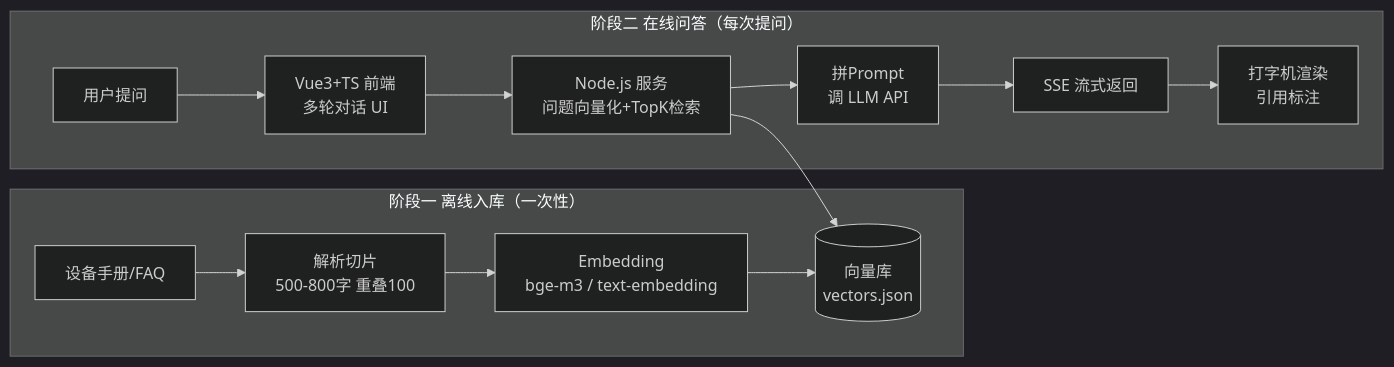
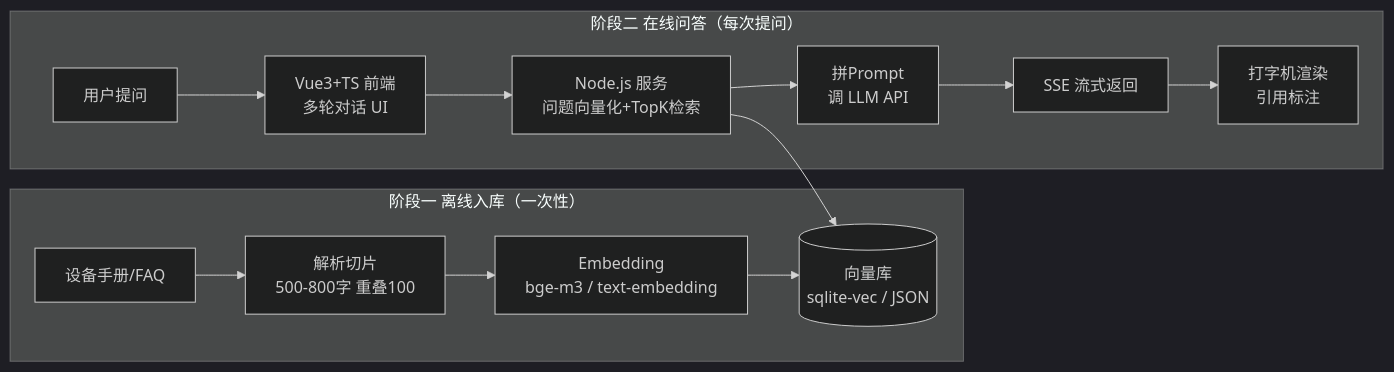
One commit to x1325314531-tech/park-kb-qa changed the diagram in README.md. Above: the diagram before and after it, drawn with Mermaid (dark theme). The commit also changed other lines of this file and 9 other files, not shown here.

Commit message:
feat: 向量库升级 sqlite-vec（vec0 余弦 KNN + 存储层门面 VECTOR_STORE 切换/回退 JSON）

````diff
--- a/README.md
+++ b/README.md
@@ -13,16 +12,16 @@
 ```mermaid
 flowchart LR
   subgraph 离线["阶段一 离线入库（一次性）"]
     A["设备手册/FAQ"] --> B["解析切片<br/>500-800字 重叠100"]
     B --> C["Embedding<br/>bge-m3 / text-embedding"]
-    C --> D[("向量库<br/>vectors.json")]
+    C --> D[("向量库<br/>sqlite-vec / JSON")]
   end
   subgraph 在线["阶段二 在线问答（每次提问）"]
     E["用户提问"] --> F["Vue3+TS 前端<br/>多轮对话 UI"]
     F --> G["Node.js 服务<br/>问题向量化+TopK检索"]
     G --> D
     G --> H["拼Prompt<br/>调 LLM API"]
     H --> I["SSE 流式返回"]
     I --> J["打字机渲染<br/>引用标注"]
   end
 ```
````
